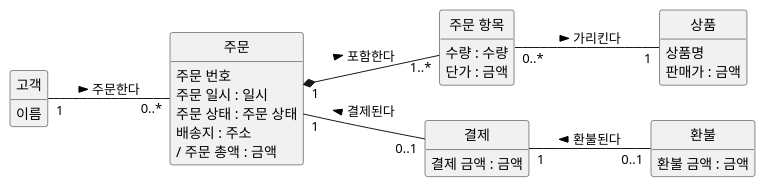
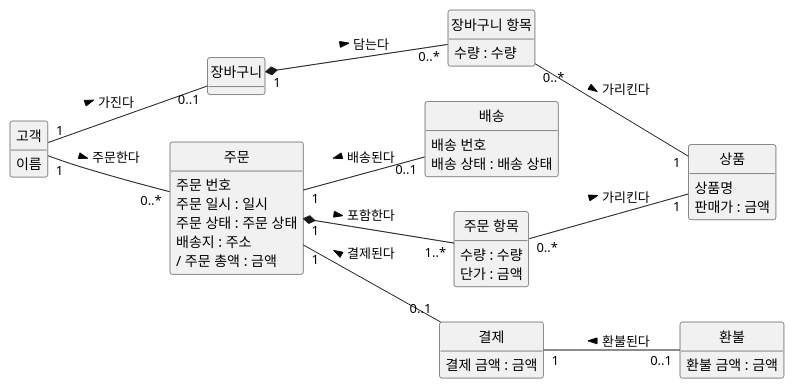
Diagram 19 of 22 in courses/ooad/sessions/s03.md (YoungSan77/TrainingMaterials), drawn with PlantUML before and after one commit. The commit also changed other lines of this file and 11 other files, not shown here.

````diff
--- a/courses/ooad/sessions/s03.md
+++ b/courses/ooad/sessions/s03.md
@@ -1117,36 +1270,48 @@
 ```plantuml:class
 @startuml
 hide circle
 hide empty methods
 left to right direction
 class "고객" as Customer {
   이름
 }
 class "주문" as Order {
   주문 번호
   주문 일시 : 일시
   주문 상태 : 주문 상태
   배송지 : 주소
   / 주문 총액 : 금액
 }
 class "주문 항목" as OrderItem {
   수량 : 수량
   단가 : 금액
 }
 class "상품" as Product {
   상품명
   판매가 : 금액
 }
 class "결제" as Payment {
   결제 금액 : 금액
 }
 class "환불" as Refund {
   환불 금액 : 금액
 }
+class "장바구니" as Cart
+class "장바구니 항목" as CartItem {
+  수량 : 수량
+}
+class "배송" as Delivery {
+  배송 번호
+  배송 상태 : 배송 상태
+}
+Customer "1" -- "0..1" Cart : 가진다 >
+Cart "1" *-- "0..*" CartItem : 담는다 >
+CartItem "0..*" -- "1" Product : 가리킨다 >
 Customer "1" -- "0..*" Order : 주문한다 >
 Order "1" *-- "1..*" OrderItem : 포함한다 >
 OrderItem "0..*" -- "1" Product : 가리킨다 >
 Order "1" -- "0..1" Payment : 결제된다 <
 Payment "1" -- "0..1" Refund : 환불된다 <
+Order "1" -- "0..1" Delivery : 배송된다 <
 @enduml
 ```
````
